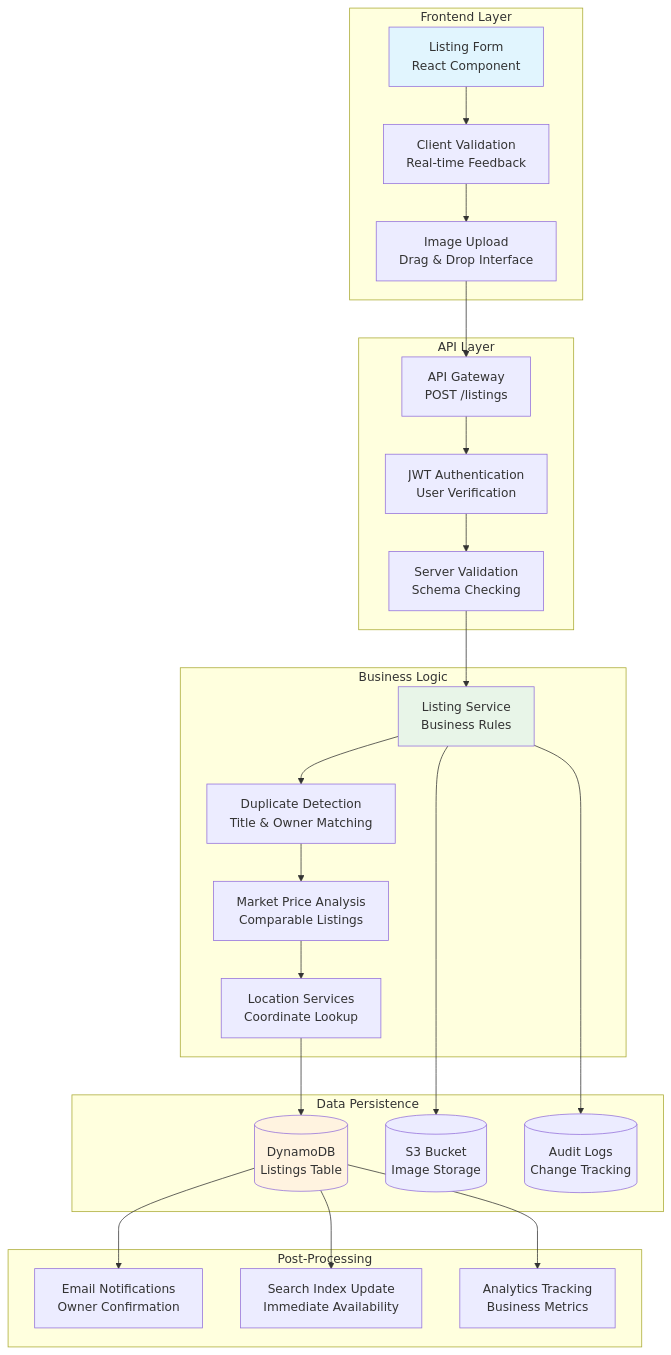
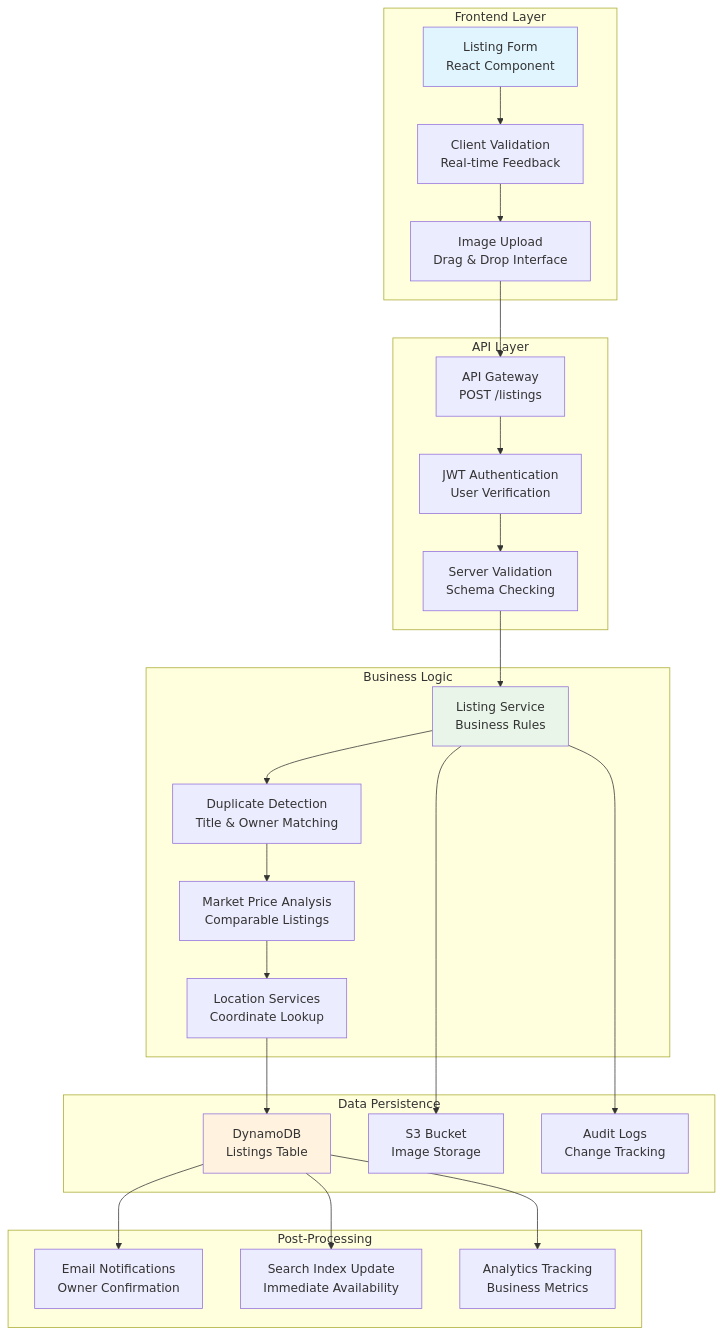
One commit to felixep/harborlist-marketplace changed the sixth of 7 diagrams in docs/architecture/api-architecture.md. Above: the diagram before and after it, drawn with Mermaid. The commit also changed other lines of this file and 3 other files, not shown here.

First line of the commit message:
Fix Mermaid diagram syntax errors

````diff
--- a/docs/architecture/api-architecture.md
+++ b/docs/architecture/api-architecture.md
@@ -293,57 +293,57 @@
 ```mermaid
 graph TD
     subgraph "Frontend Layer"
         Form[Listing Form<br/>React Component]
         Validation[Client Validation<br/>Real-time Feedback]
         Upload[Image Upload<br/>Drag & Drop Interface]
     end
     
     subgraph "API Layer"
         Gateway[API Gateway<br/>POST /listings]
         AuthMiddleware[JWT Authentication<br/>User Verification]
         ValidationMiddleware[Server Validation<br/>Schema Checking]
     end
     
     subgraph "Business Logic"
         ListingService[Listing Service<br/>Business Rules]
         DuplicateCheck[Duplicate Detection<br/>Title & Owner Matching]
         PriceAnalysis[Market Price Analysis<br/>Comparable Listings]
         GeocodingService[Location Services<br/>Coordinate Lookup]
     end
     
     subgraph "Data Persistence"
-        DynamoDB[(DynamoDB<br/>Listings Table)]
-        S3[(S3 Bucket<br/>Image Storage)]
-        AuditLog[(Audit Logs<br/>Change Tracking)]
+        DynamoDB[DynamoDB<br/>Listings Table]
+        S3[S3 Bucket<br/>Image Storage]
+        AuditLog[Audit Logs<br/>Change Tracking]
     end
     
     subgraph "Post-Processing"
         NotificationService[Email Notifications<br/>Owner Confirmation]
         SearchIndexing[Search Index Update<br/>Immediate Availability]
         AnalyticsTracking[Analytics Tracking<br/>Business Metrics]
     end
     
     Form --> Validation
     Validation --> Upload
     Upload --> Gateway
     
     Gateway --> AuthMiddleware
     AuthMiddleware --> ValidationMiddleware
     ValidationMiddleware --> ListingService
     
     ListingService --> DuplicateCheck
     DuplicateCheck --> PriceAnalysis
     PriceAnalysis --> GeocodingService
     
     GeocodingService --> DynamoDB
     ListingService --> S3
     ListingService --> AuditLog
     
     DynamoDB --> NotificationService
     DynamoDB --> SearchIndexing
     DynamoDB --> AnalyticsTracking
     
     style Form fill:#e1f5fe
     style ListingService fill:#e8f5e8
     style DynamoDB fill:#fff3e0
 ```
````
